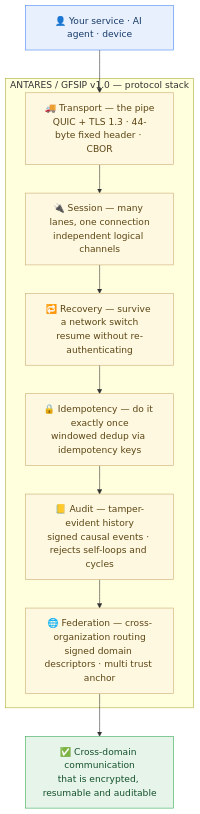
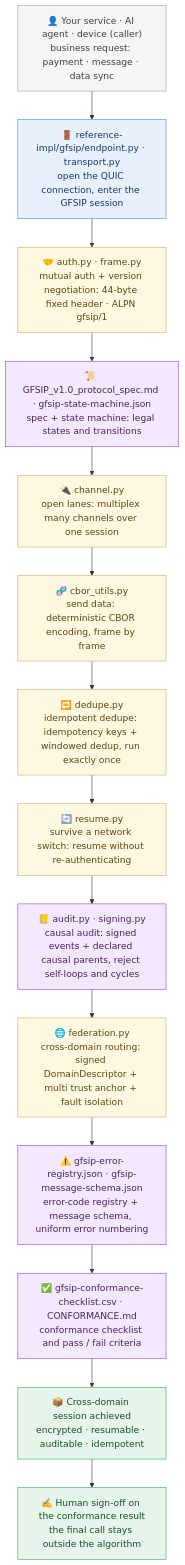
The diagram in README.md (nohn3043-arch/Antares), drawn with Mermaid before and after one commit. The commit also changed other lines of this file and 1 other file, not shown here.

Commit message:
docs: redraw architecture as a module-level flowchart (EN+ZH)

````diff
--- a/README.md
+++ b/README.md
@@ -38,30 +38,44 @@
 ```mermaid
 flowchart TB
-    U["👤 Your service · AI agent · device"]
+    UP["👤 Your service · AI agent · device (caller)<br/>business request: payment · message · data sync"]
 
-    subgraph STACK["ANTARES / GFSIP v1.0 — protocol stack"]
-        T["🚚 Transport — the pipe<br/>QUIC + TLS 1.3 · 44-byte fixed header · CBOR"]
-        S["🔌 Session — many lanes, one connection<br/>independent logical channels"]
-        R["🔁 Recovery — survive a network switch<br/>resume without re-authenticating"]
-        I["🔒 Idempotency — do it exactly once<br/>windowed dedup via idempotency keys"]
-        A["📒 Audit — tamper-evident history<br/>signed causal events · rejects self-loops and cycles"]
-        F["🌐 Federation — cross-organization routing<br/>signed domain descriptors · multi trust anchor"]
-    end
+    A1["🚪 reference-impl/gfsip/endpoint.py · transport.py<br/>open the QUIC connection, enter the GFSIP session"]
+    A2["🤝 auth.py · frame.py<br/>mutual auth + version negotiation: 44-byte fixed header · ALPN gfsip/1"]
+    A3["📜 GFSIP_v1.0_protocol_spec.md · gfsip-state-machine.json<br/>spec + state machine: legal states and transitions"]
+    A4["🔌 channel.py<br/>open lanes: multiplex many channels over one session"]
+    A5["🧬 cbor_utils.py<br/>send data: deterministic CBOR encoding, frame by frame"]
+    A6["🔁 dedupe.py<br/>idempotent dedupe: idempotency keys + windowed dedup, run exactly once"]
+    A7["🔄 resume.py<br/>survive a network switch: resume without re-authenticating"]
+    A8["📒 audit.py · signing.py<br/>causal audit: signed events + declared causal parents, reject self-loops and cycles"]
+    A9["🌐 federation.py<br/>cross-domain routing: signed DomainDescriptor + multi trust anchor + fault isolation"]
+    A10["⚠️ gfsip-error-registry.json · gfsip-message-schema.json<br/>error-code registry + message schema, uniform error numbering"]
+    A11["✅ gfsip-conformance-checklist.csv · CONFORMANCE.md<br/>conformance checklist and pass / fail criteria"]
 
-    OUT["✅ Cross-domain communication<br/>that is encrypted, resumable and auditable"]
+    OUT["📦 Cross-domain session achieved<br/>encrypted · resumable · auditable · idempotent"]
+    HUMAN["✍️ Human sign-off on the conformance result<br/>the final call stays outside the algorithm"]
 
-    U --> T
-    T --> S
-    S --> R
-    R --> I
-    I --> A
-    A --> F
-    F --> OUT
+    UP --> A1
+    A1 --> A2
+    A2 --> A3
+    A3 --> A4
+    A4 --> A5
+    A5 --> A6
+    A6 --> A7
+    A7 --> A8
+    A8 --> A9
+    A9 --> A10
+    A10 --> A11
+    A11 --> OUT
+    OUT --> HUMAN
 
+    classDef cUp fill:#F5F5F5,stroke:#9E9E9E,stroke-width:1px,color:#424242
     classDef cIn fill:#E8F0FE,stroke:#4285F4,stroke-width:1px,color:#173A66
     classDef cCore fill:#FFF8E1,stroke:#C9A96E,stroke-width:1px,color:#5B4614
+    classDef cSide fill:#F3E8FD,stroke:#8E44AD,stroke-width:1px,color:#4A235A
     classDef cOut fill:#E6F4EA,stroke:#34A853,stroke-width:1px,color:#14512B
-    class U cIn
-    class T,S,R,I,A,F cCore
-    class OUT cOut
+    class UP cUp
+    class A1 cIn
+    class A2,A4,A5,A6,A7,A9 cCore
+    class A3,A8,A10,A11 cSide
+    class OUT,HUMAN cOut
 ```
````
